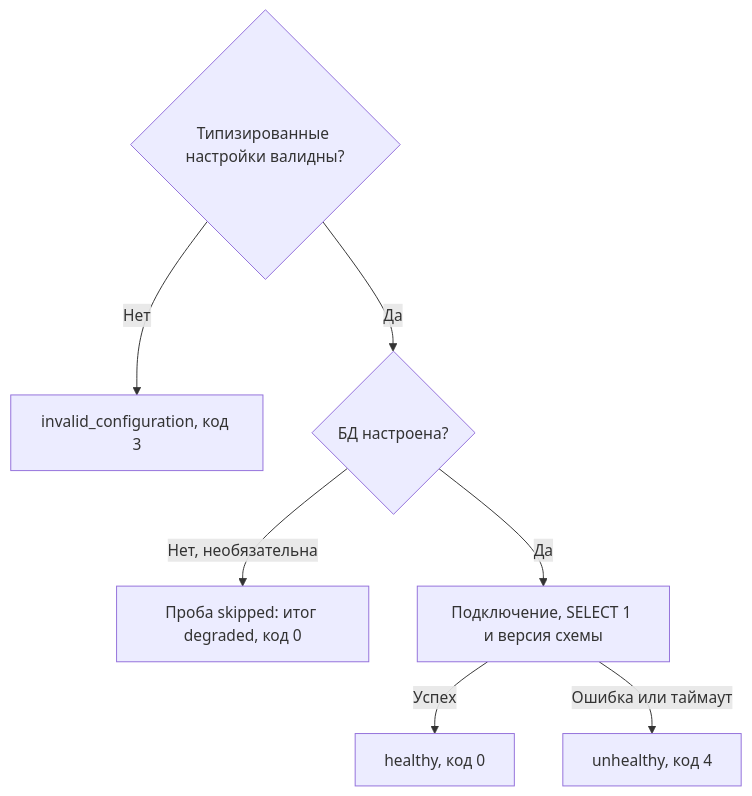
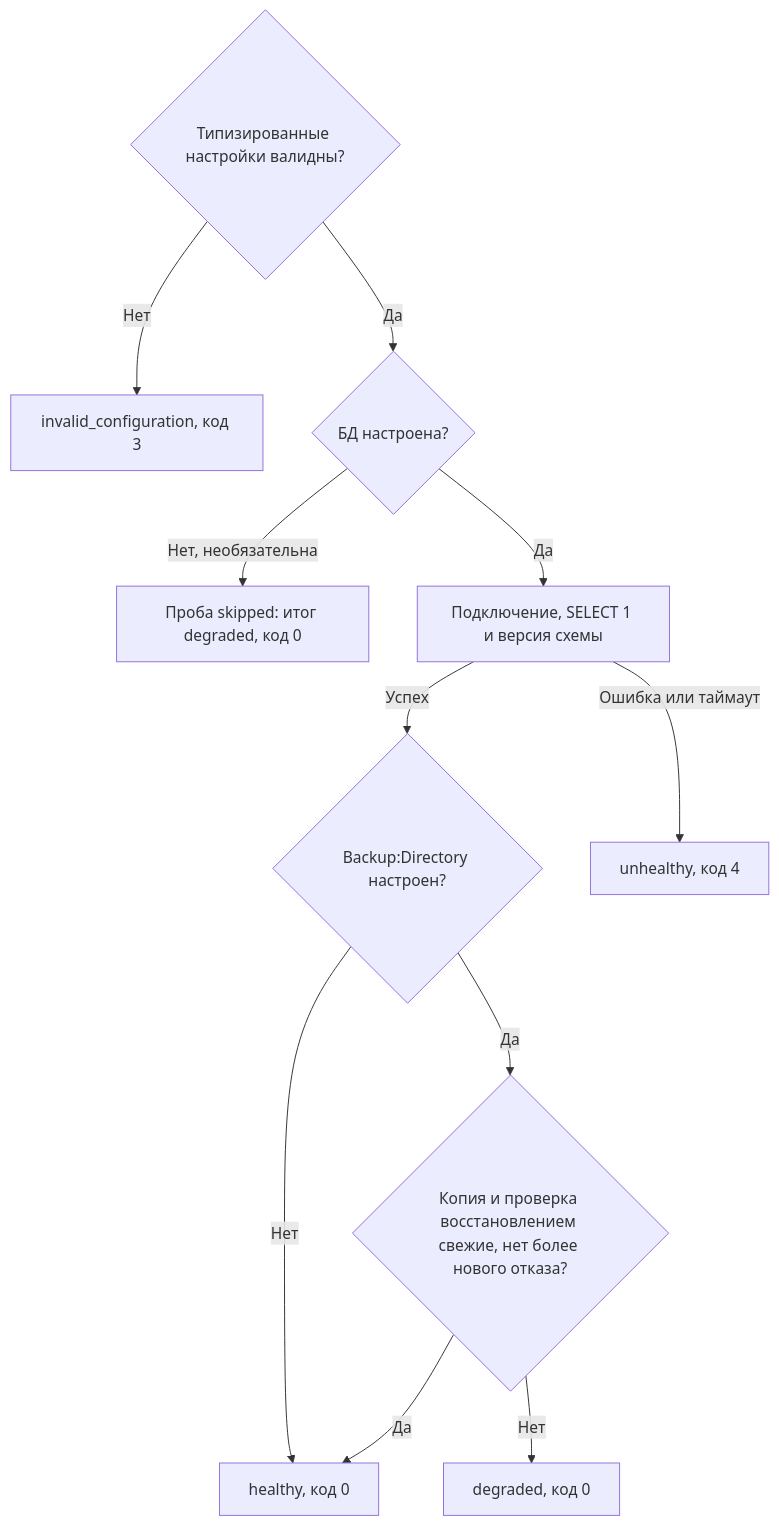
The diagram in docs/diagnostics.md (Flandre-Scarlet-the-best/anketa-parser), drawn with Mermaid before and after one commit. The commit also changed 17 other files, not shown here.

````diff
--- a/docs/diagnostics.md
+++ b/docs/diagnostics.md
@@ -59,9 +59,13 @@
 ```mermaid
 flowchart TD
     V{"Типизированные настройки валидны?"} -->|"Нет"| X["invalid_configuration, код 3"]
     V -->|"Да"| D{"БД настроена?"}
     D -->|"Нет, необязательна"| S["Проба skipped: итог degraded, код 0"]
     D -->|"Да"| Q["Подключение, SELECT 1 и версия схемы"]
-    Q -->|"Успех"| H["healthy, код 0"]
+    Q -->|"Успех"| B{"Backup:Directory настроен?"}
+    B -->|"Нет"| H["healthy, код 0"]
+    B -->|"Да"| R{"Копия и проверка восстановлением свежие, нет более нового отказа?"}
+    R -->|"Да"| H
+    R -->|"Нет"| G["degraded, код 0"]
     Q -->|"Ошибка или таймаут"| U["unhealthy, код 4"]
 ```
````
